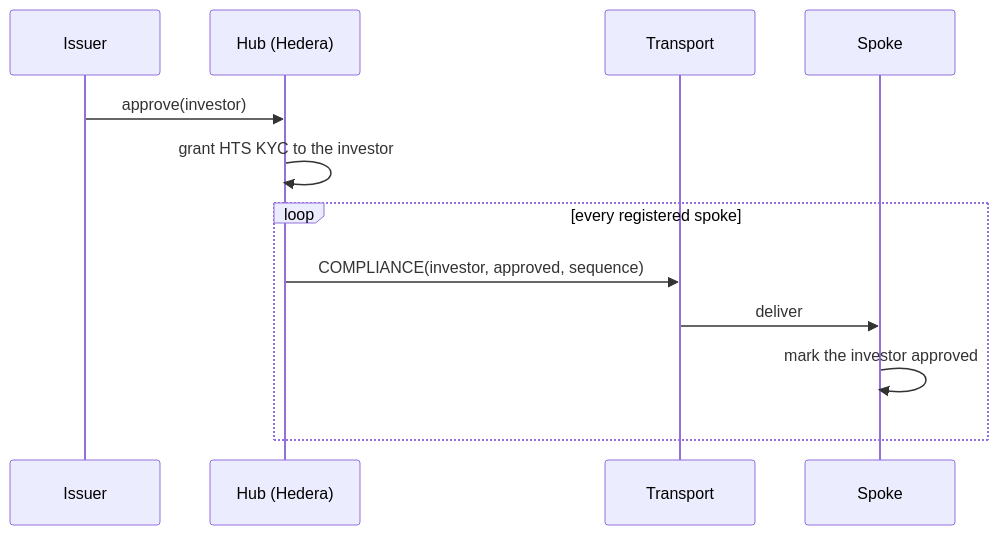
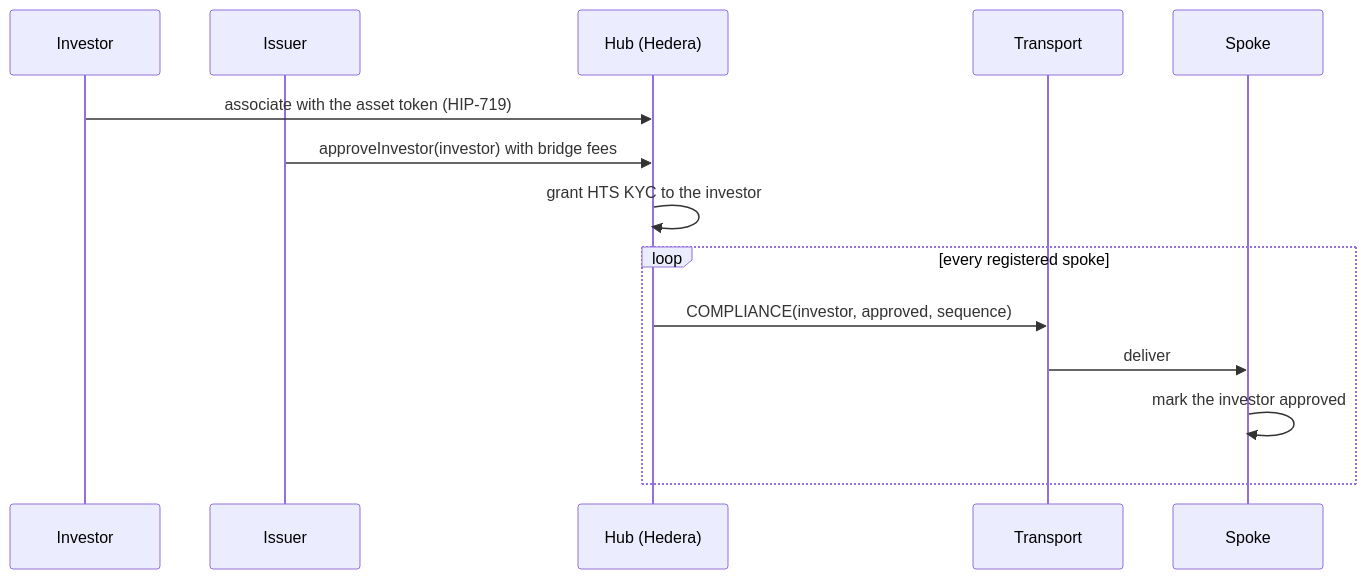
One commit to MukulKolpe/atollway changed the second of 5 diagrams in docs/architecture.md. Above: the diagram before and after it, drawn with Mermaid. The commit also changed other lines of this file, not shown here.

Commit message:
docs(architecture): show association in the approval and subscription flows

````diff
--- a/docs/architecture.md
+++ b/docs/architecture.md
@@ -77,14 +79,16 @@
 ```mermaid
 sequenceDiagram
+  participant V as Investor
   participant I as Issuer
   participant H as Hub (Hedera)
   participant T as Transport
   participant S as Spoke
-  I->>H: approve(investor)
+  V->>H: associate with the asset token (HIP-719)
+  I->>H: approveInvestor(investor) with bridge fees
   H->>H: grant HTS KYC to the investor
   loop every registered spoke
     H->>T: COMPLIANCE(investor, approved, sequence)
     T->>S: deliver
     S->>S: mark the investor approved
   end
 ```
````
